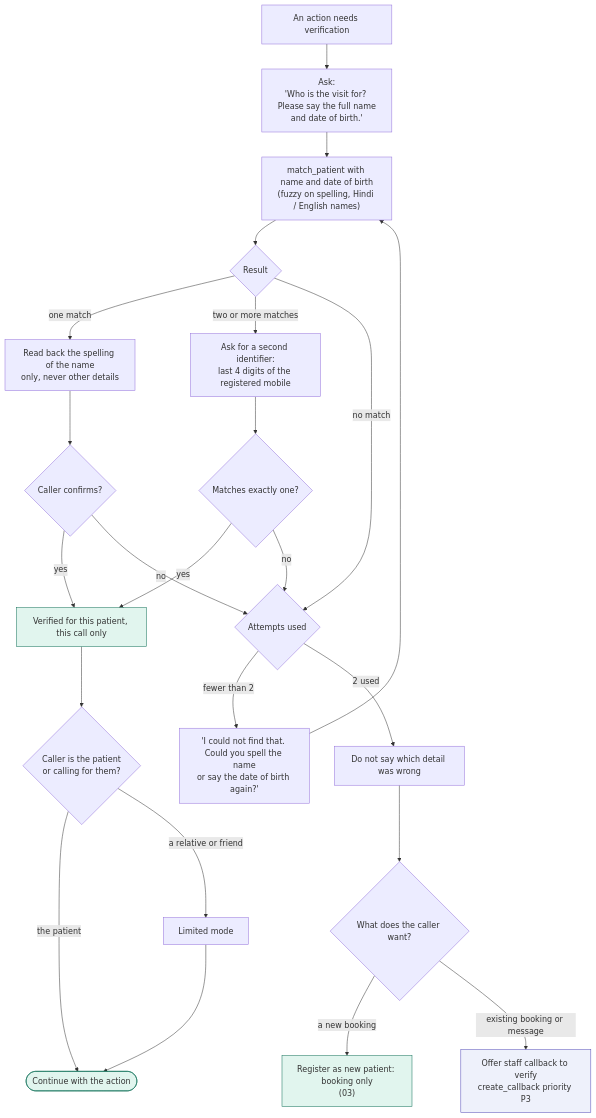
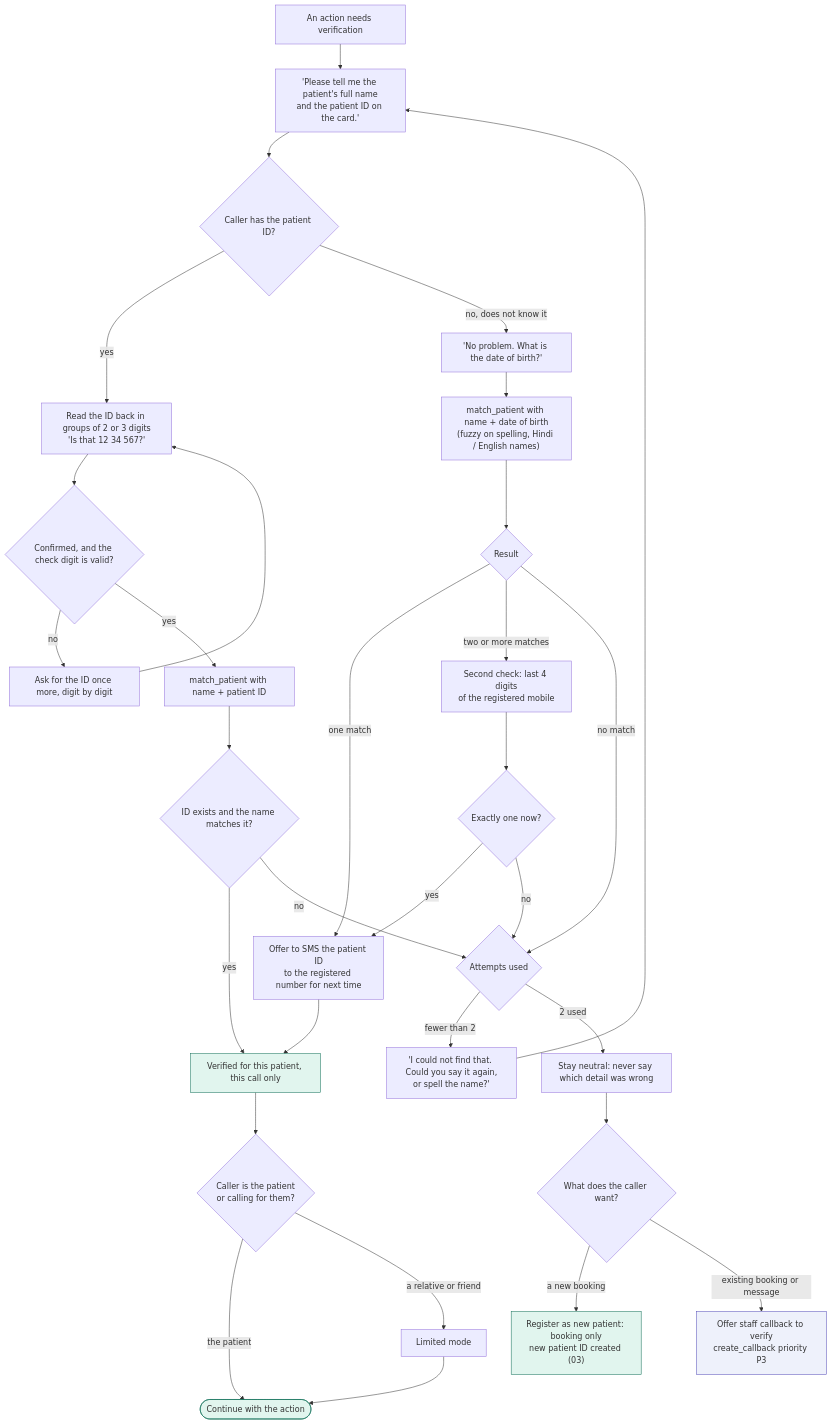
One commit to Anupamgt/tts-agent-1 changed the diagram in docs/flows/02-identity-verification.md. Above: the diagram before and after it, drawn with Mermaid. The commit also changed other lines of this file and 15 other files, not shown here.

First line of the commit message:
Apply decisions 1, 3, 6, 7, 12, 13 to flows, schema and alignment

````diff
--- a/docs/flows/02-identity-verification.md
+++ b/docs/flows/02-identity-verification.md
@@ -18,34 +20,43 @@
 ```mermaid
 flowchart TD
-    V0["An action needs verification"] --> V1["Ask:<br/>'Who is the visit for? Please say the full name<br/>and date of birth.'"]
-    V1 --> V2["match_patient with name and date of birth<br/>(fuzzy on spelling, Hindi / English names)"]
-    V2 --> V3{"Result"}
+    V0["An action needs verification"] --> V1["'Please tell me the patient's full name<br/>and the patient ID on the card.'"]
+    V1 --> V2{"Caller has the patient ID?"}
 
-    V3 -->|"one match"| V4["Read back the spelling of the name<br/>only, never other details"]
-    V4 --> V5{"Caller confirms?"}
-    V5 -->|"yes"| V6
+    V2 -->|"yes"| V3["Read the ID back in groups of 2 or 3 digits<br/>'Is that 12 34 567?'"]
+    V3 --> V3b{"Confirmed, and the check digit is valid?"}
+    V3b -->|"no"| V3c["Ask for the ID once more, digit by digit"]
+    V3c --> V3
+    V3b -->|"yes"| V4["match_patient with name + patient ID"]
+    V4 --> V5{"ID exists and the name matches it?"}
+    V5 -->|"yes"| V9
     V5 -->|"no"| V8
-    V3 -->|"two or more matches"| V7["Ask for a second identifier:<br/>last 4 digits of the registered mobile"]
-    V7 --> V7b{"Matches exactly one?"}
-    V7b -->|"yes"| V6
-    V7b -->|"no"| V8
-    V3 -->|"no match"| V8
+
+    V2 -->|"no, does not know it"| V6["'No problem. What is the date of birth?'"]
+    V6 --> V7["match_patient with name + date of birth<br/>(fuzzy on spelling, Hindi / English names)"]
+    V7 --> V7b{"Result"}
+    V7b -->|"one match"| V7c["Offer to SMS the patient ID<br/>to the registered number for next time"]
+    V7c --> V9
+    V7b -->|"two or more matches"| V7d["Second check: last 4 digits<br/>of the registered mobile"]
+    V7d --> V7e{"Exactly one now?"}
+    V7e -->|"yes"| V7c
+    V7e -->|"no"| V8
+    V7b -->|"no match"| V8
 
     V8{"Attempts used"}
-    V8 -->|"fewer than 2"| V9["'I could not find that. Could you spell the name<br/>or say the date of birth again?'"]
-    V9 --> V2
-    V8 -->|"2 used"| V10["Do not say which detail was wrong"]
+    V8 -->|"fewer than 2"| V8a["'I could not find that. Could you say it again,<br/>or spell the name?'"]
+    V8a --> V1
+    V8 -->|"2 used"| V10["Stay neutral: never say which detail was wrong"]
     V10 --> V11{"What does the caller want?"}
-    V11 -->|"a new booking"| N["Register as new patient: booking only<br/>(03)"]
+    V11 -->|"a new booking"| N["Register as new patient: booking only<br/>new patient ID created (03)"]
     V11 -->|"existing booking or message"| V12["Offer staff callback to verify<br/>create_callback priority P3"]
 
-    V6["Verified for this patient, this call only"] --> V13{"Caller is the patient<br/>or calling for them?"}
+    V9["Verified for this patient, this call only"] --> V13{"Caller is the patient<br/>or calling for them?"}
     V13 -->|"the patient"| OK(["Continue with the action"])
     V13 -->|"a relative or friend"| V14["Limited mode"]
     V14 --> OK
 
     classDef agent fill:#e1f5ee,stroke:#0f6e56;
     classDef human fill:#eef1fb,stroke:#534ab7;
-    class V6,OK,N agent;
+    class V9,OK,N agent;
     class V12 human;
 ```
````
